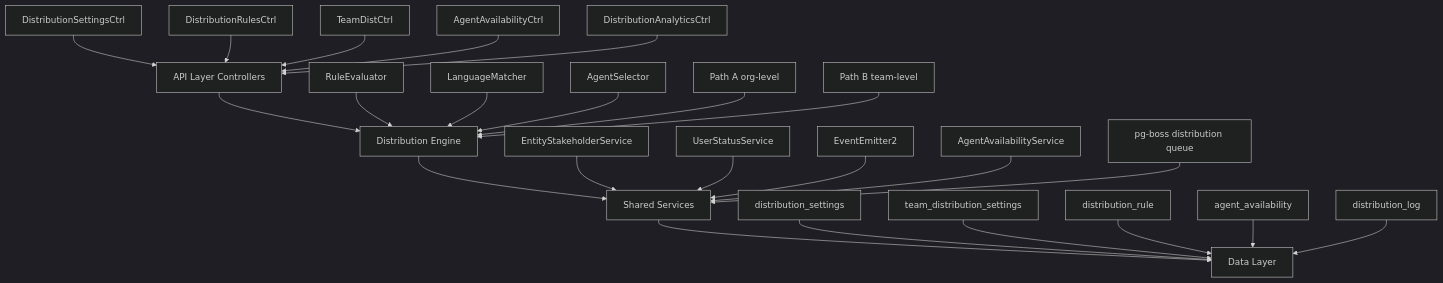
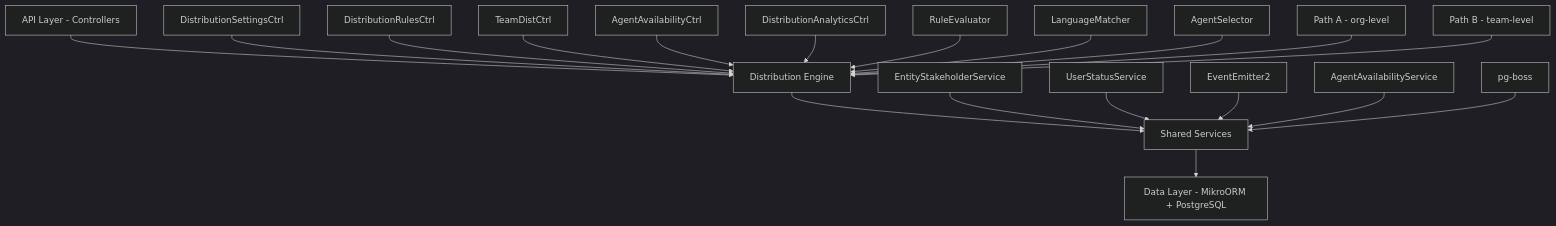
One commit to tech-propwise-org/docs changed the diagram in backend/crm/distribution-module-specification.mdx. Above: the diagram before and after it, drawn with Mermaid (dark theme). The commit also changed other lines of this file and 30 other files, not shown here.

````diff
--- a/backend/crm/distribution-module-specification.mdx
+++ b/backend/crm/distribution-module-specification.mdx
@@ -51,30 +48,24 @@
 ```mermaid
-graph TB
-    A[API Layer Controllers] --> B[Distribution Engine]
+graph TD
+    A[API Layer - Controllers] --> B[Distribution Engine]
     B --> C[Shared Services]
-    C --> D[Data Layer]
+    C --> D[Data Layer - MikroORM + PostgreSQL]
     
-    A1[DistributionSettingsCtrl] --> A
-    A2[DistributionRulesCtrl] --> A
-    A3[TeamDistCtrl] --> A
-    A4[AgentAvailabilityCtrl] --> A
-    A5[DistributionAnalyticsCtrl] --> A
+    A1[DistributionSettingsCtrl] --> B
+    A2[DistributionRulesCtrl] --> B
+    A3[TeamDistCtrl] --> B
+    A4[AgentAvailabilityCtrl] --> B
+    A5[DistributionAnalyticsCtrl] --> B
     
     B1[RuleEvaluator] --> B
     B2[LanguageMatcher] --> B
     B3[AgentSelector] --> B
-    B4[Path A org-level] --> B
-    B5[Path B team-level] --> B
+    B4[Path A - org-level] --> B
+    B5[Path B - team-level] --> B
     
     C1[EntityStakeholderService] --> C
     C2[UserStatusService] --> C
     C3[EventEmitter2] --> C
     C4[AgentAvailabilityService] --> C
-    C5[pg-boss distribution queue] --> C
-    
-    D1[distribution_settings] --> D
-    D2[team_distribution_settings] --> D
-    D3[distribution_rule] --> D
-    D4[agent_availability] --> D
-    D5[distribution_log] --> D
+    C5[pg-boss] --> C
 ```
````
